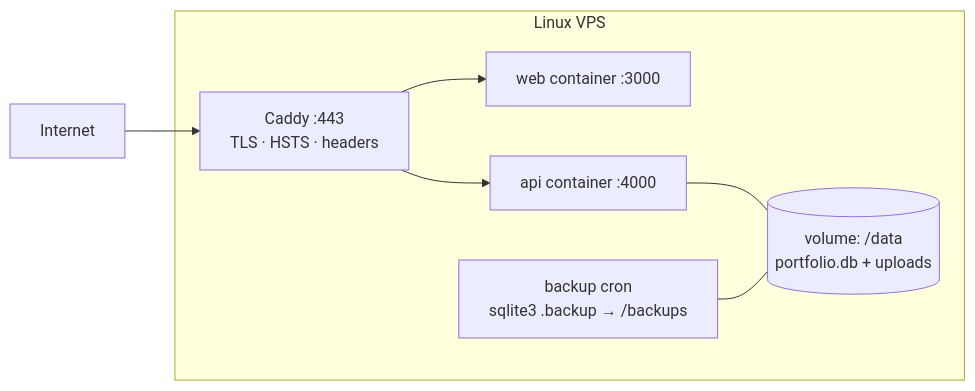
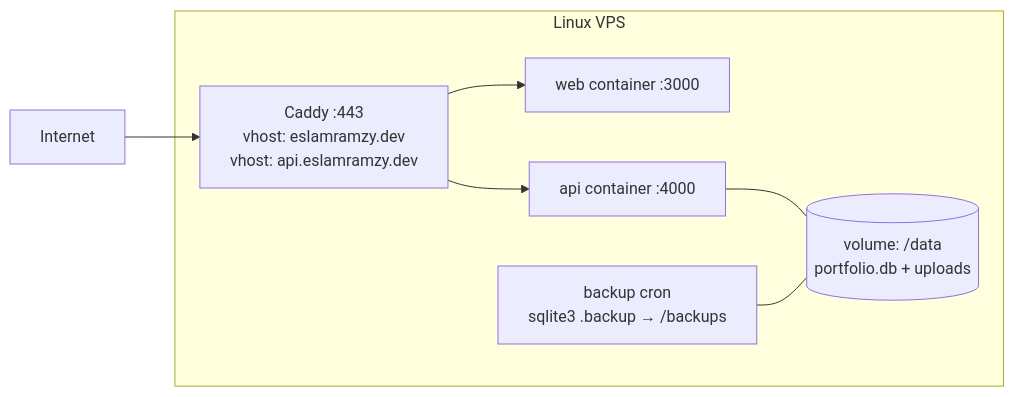
The fourth of 4 diagrams in docs/architecture/01-system-architecture.md (EslamRamzy/test), drawn with Mermaid before and after one commit. The commit also changed other lines of this file and 9 other files, not shown here.

````diff
--- a/docs/architecture/01-system-architecture.md
+++ b/docs/architecture/01-system-architecture.md
@@ -192,14 +230,14 @@
 ```mermaid
 graph LR
     subgraph VPS["Linux VPS"]
-        C["Caddy :443<br/>TLS · HSTS · headers"]
+        C["Caddy :443<br/>vhost: eslamramzy.dev<br/>vhost: api.eslamramzy.dev"]
         W["web container :3000"]
         A["api container :4000"]
         V[("volume: /data<br/>portfolio.db + uploads")]
         B["backup cron<br/>sqlite3 .backup → /backups"]
     end
     Internet --> C --> W
     C --> A
     A --- V
     B --- V
 ```
````
